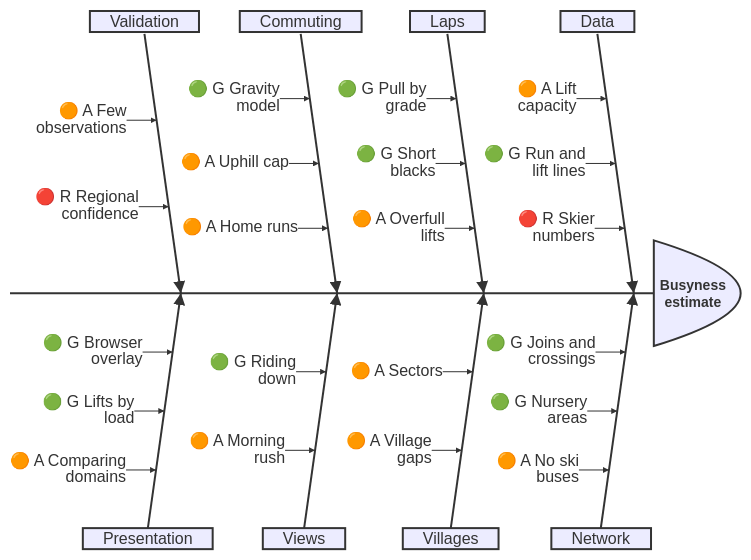
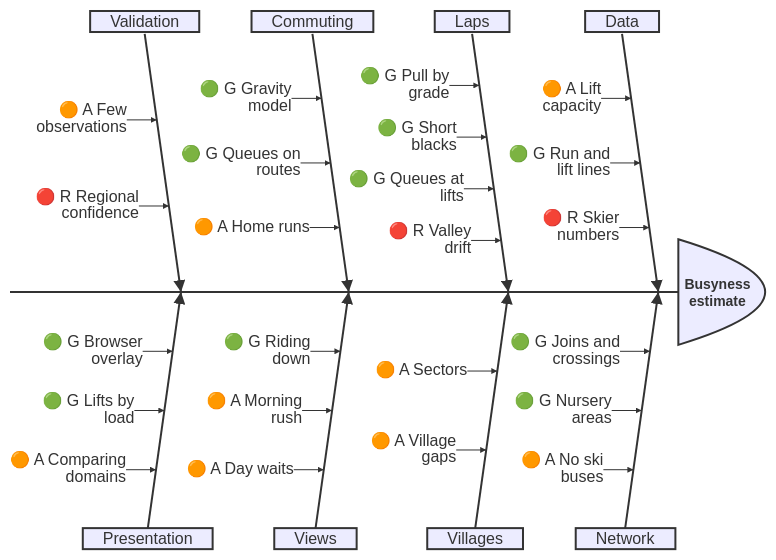
Before and after one commit to AntonyM71/ski-altitude-explorer: the diagram in docs/known-issues.md, drawn with Mermaid. The commit also changed other lines of this file and 42 other files, not shown here.

First line of the commit message:
Lift queues: waits where lifts are overfull, and skiers who avoid them

````diff
--- a/docs/known-issues.md
+++ b/docs/known-issues.md
@@ -25,33 +25,35 @@
 ```mermaid
 ishikawa-beta
     Busyness estimate
     Data
         🟠 A Lift capacity
         🟢 G Run and lift lines
         🔴 R Skier numbers
     Network
         🟢 G Joins and crossings
         🟢 G Nursery areas
         🟠 A No ski buses
     Laps
         🟢 G Pull by grade
         🟢 G Short blacks
-        🟠 A Overfull lifts
+        🟢 G Queues at lifts
+        🔴 R Valley drift
     Villages
         🟠 A Sectors
         🟠 A Village gaps
     Commuting
         🟢 G Gravity model
-        🟠 A Uphill cap
+        🟢 G Queues on routes
         🟠 A Home runs
     Views
         🟢 G Riding down
         🟠 A Morning rush
+        🟠 A Day waits
     Validation
         🟠 A Few observations
         🔴 R Regional confidence
     Presentation
         🟢 G Browser overlay
         🟢 G Lifts by load
         🟠 A Comparing domains
 ```
````
